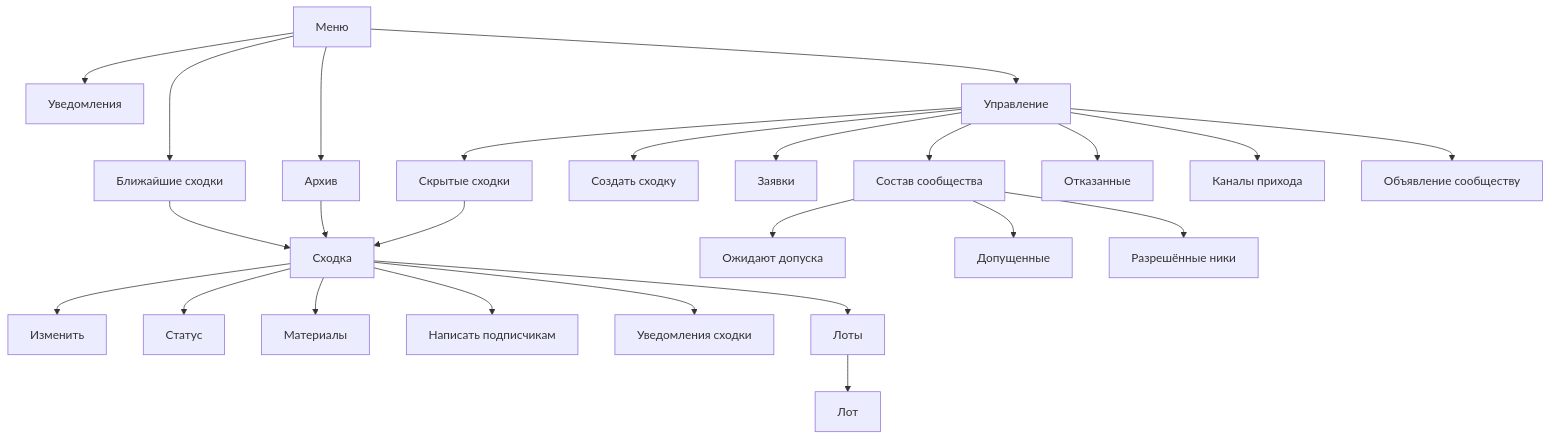
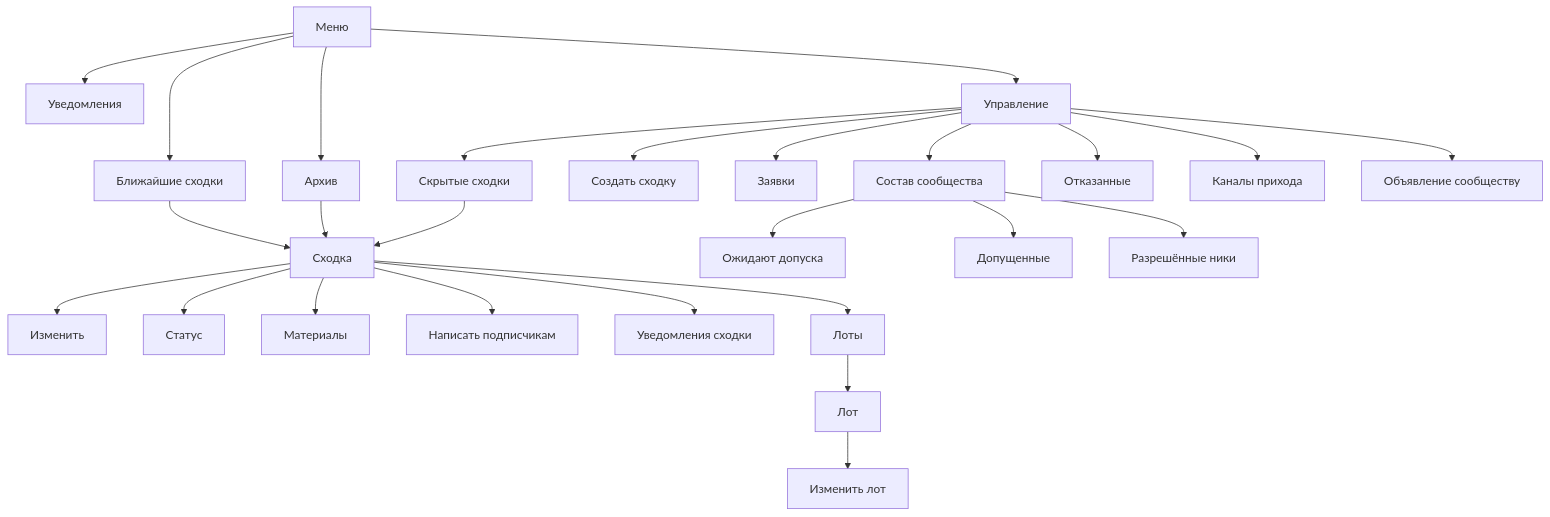
Before and after one commit to Solguficky/solguficky-hub: the first of 2 diagrams in docs/design/bot/design-code.md, drawn with Mermaid. The commit also changed other lines of this file and 55 other files, not shown here.

````diff
--- a/docs/design/bot/design-code.md
+++ b/docs/design/bot/design-code.md
@@ -37,32 +37,33 @@
 ```mermaid
 flowchart TD
     menu[Меню]
     menu --> upcoming[Ближайшие сходки]
     menu --> archive[Архив]
     menu --> notify[Уведомления]
     menu --> manage[Управление]
 
     upcoming --> card[Сходка]
     archive --> card
     hidden --> card
 
     card --> edit[Изменить]
     card --> status[Статус]
     card --> materials[Материалы]
     card --> broadcast[Написать подписчикам]
     card --> notifyMeetup[Уведомления сходки]
     card --> lots[Лоты]
     lots --> lot[Лот]
+    lot --> lotForm[Изменить лот]
 
     manage --> create[Создать сходку]
     manage --> hidden[Скрытые сходки]
     manage --> applications[Заявки]
     manage --> community[Состав сообщества]
     manage --> refused[Отказанные]
     manage --> channels[Каналы прихода]
     manage --> announce[Объявление сообществу]
 
     community --> pending[Ожидают допуска]
     community --> members[Допущенные]
     community --> nicks[Разрешённые ники]
 ```
````
